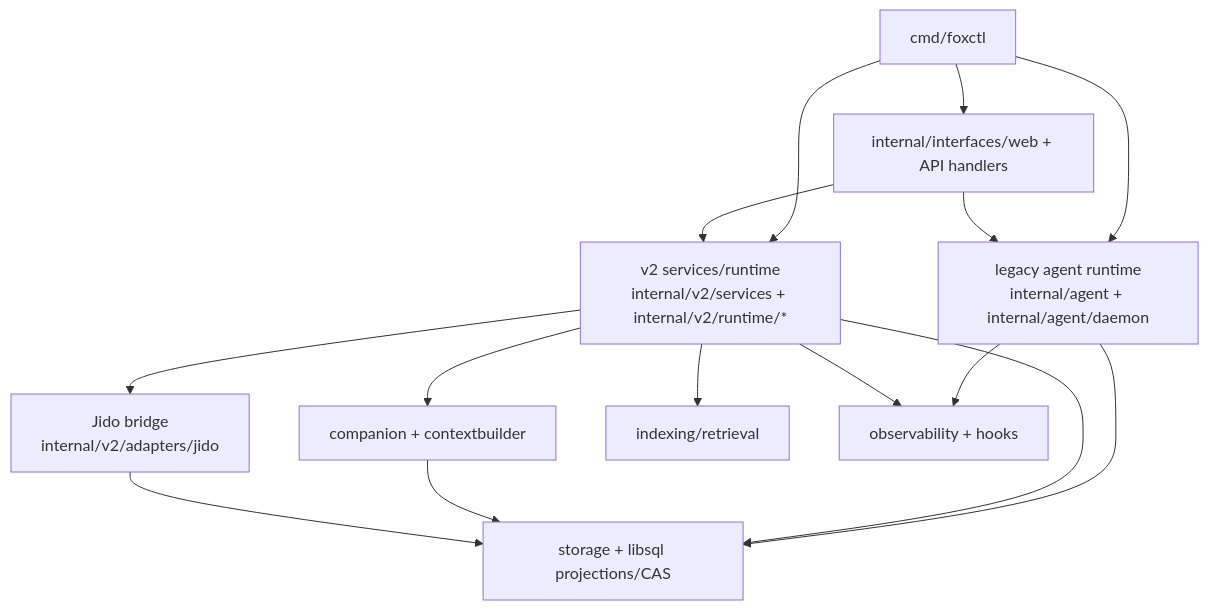
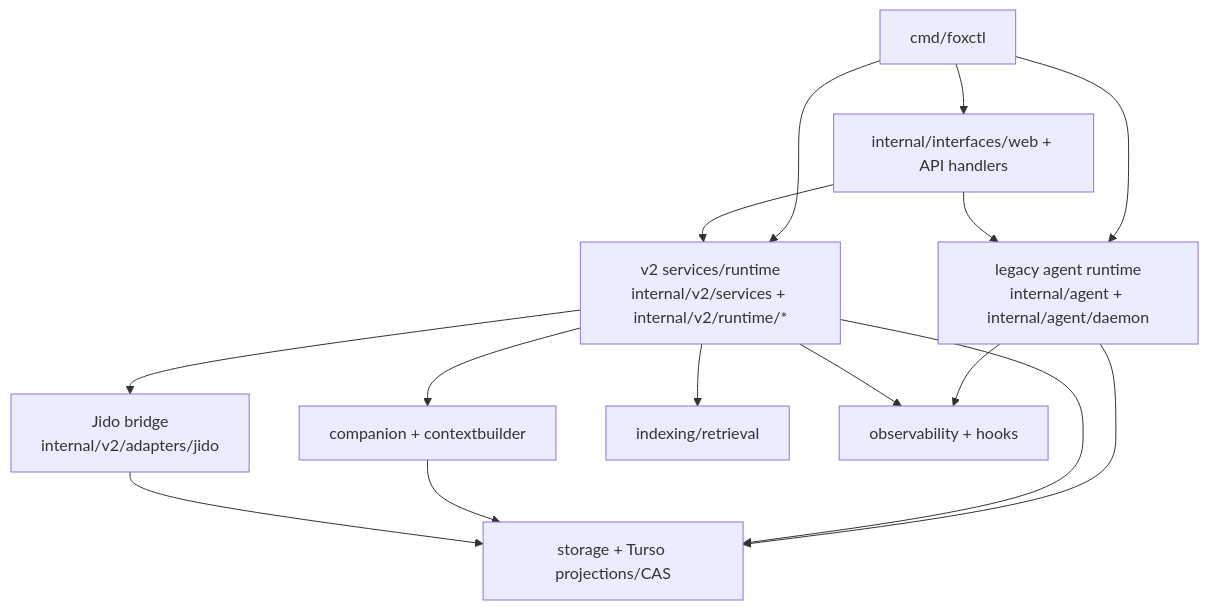
Before and after one commit to joshka0/foxctl: the diagram in docs/architecture/system-architecture.md, drawn with Mermaid. The commit also changed other lines of this file and 137 other files, not shown here.

Commit message:
feat: adopt turso storage and memory core

````diff
--- a/docs/architecture/system-architecture.md
+++ b/docs/architecture/system-architecture.md
@@ -15,27 +15,27 @@
 ```mermaid
 flowchart TD
     CLI[cmd/foxctl]
     Web[internal/interfaces/web + API handlers]
     Legacy[legacy agent runtime\ninternal/agent + internal/agent/daemon]
     V2[v2 services/runtime\ninternal/v2/services + internal/v2/runtime/*]
     Jido[Jido bridge\ninternal/v2/adapters/jido]
-    Stores[storage + libsql projections/CAS]
+    Stores[storage + Turso projections/CAS]
     Context[companion + contextbuilder]
     Indexing[indexing/retrieval]
     Obs[observability + hooks]
 
     CLI --> Legacy
     CLI --> V2
     CLI --> Web
     Web --> V2
     Web --> Legacy
     Legacy --> Stores
     V2 --> Jido
     V2 --> Stores
     V2 --> Context
     Context --> Stores
     V2 --> Indexing
     Legacy --> Obs
     V2 --> Obs
     Jido --> Stores
 ```
````
